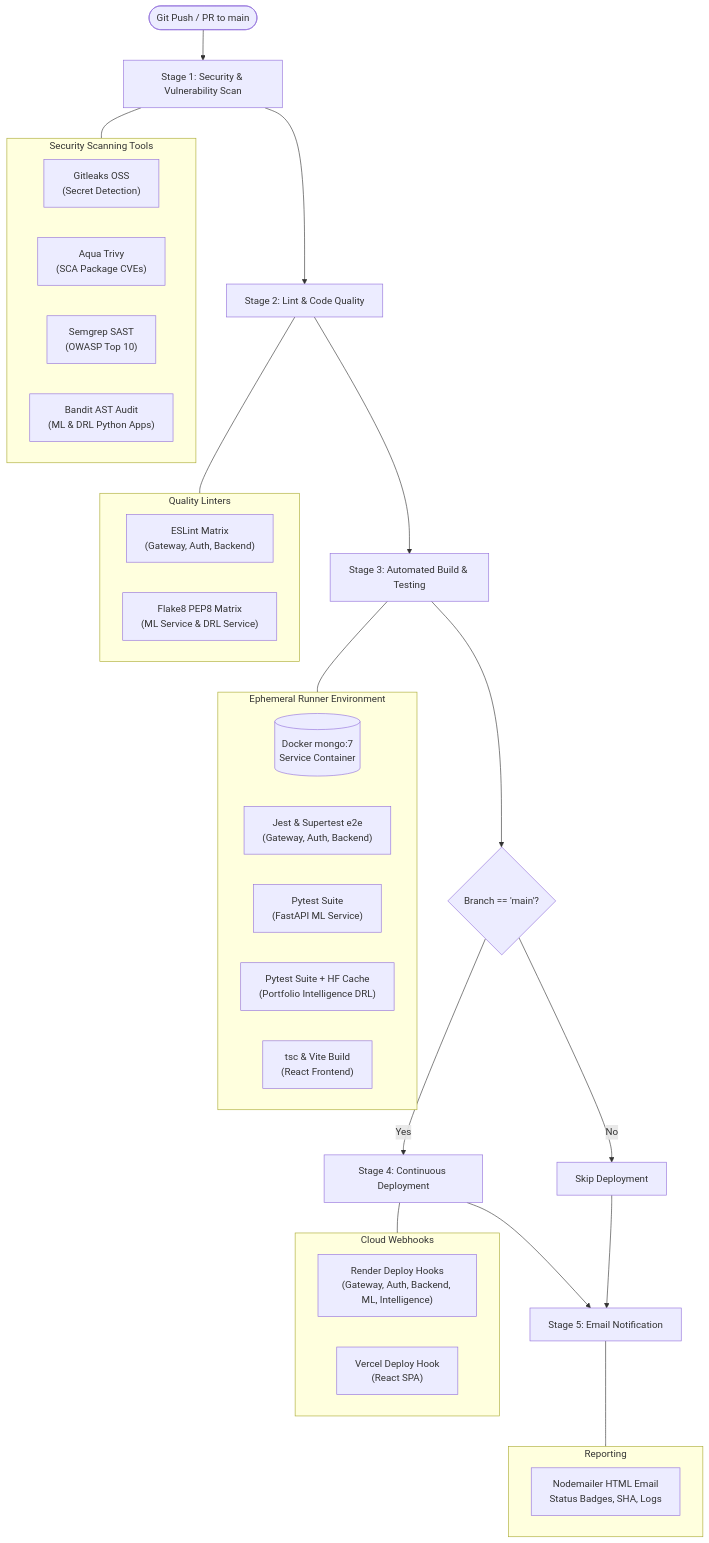
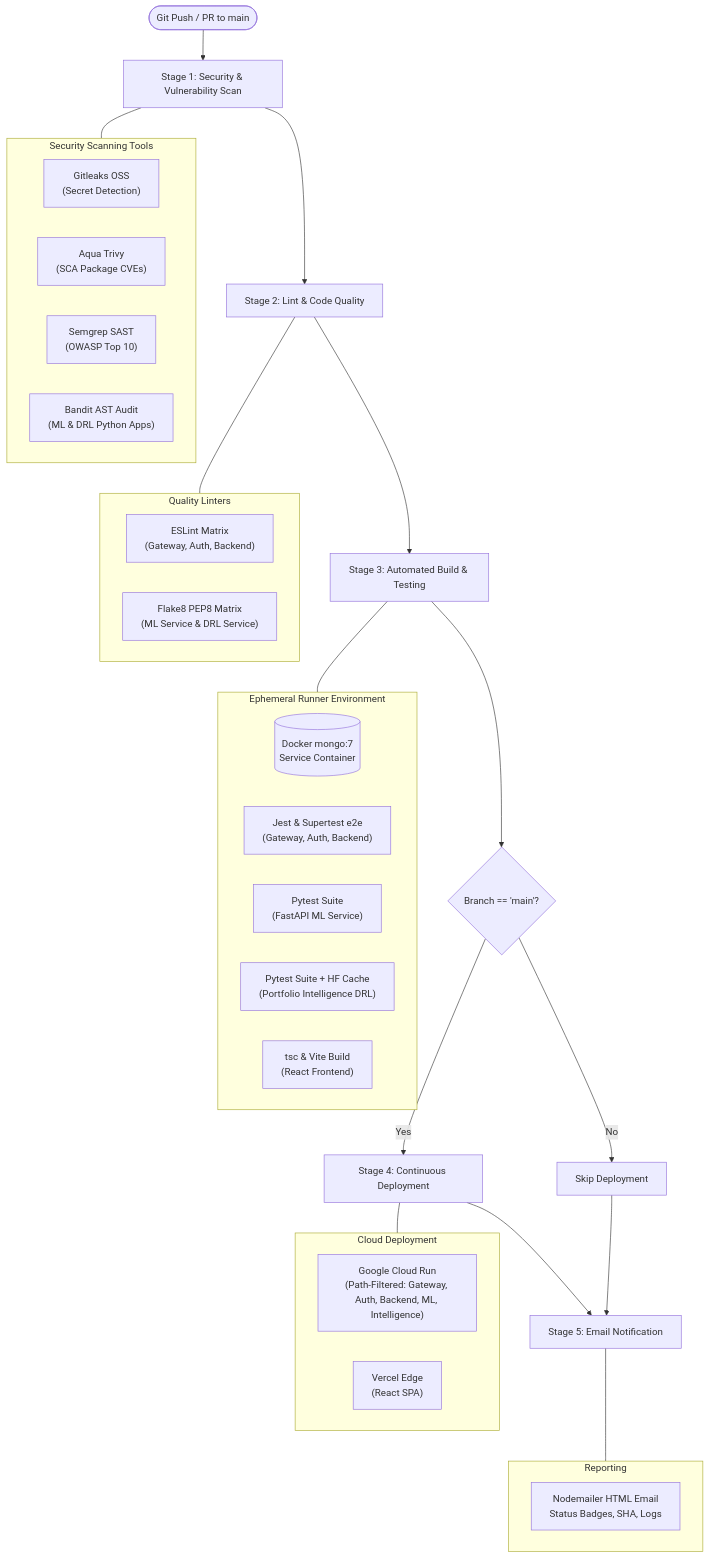
One commit to subham2020btecs00002/PORTFOLIO-BUILDER-2.0 changed the diagram in wiki/CI-CD-Pipeline-and-DevOps.md. Above: the diagram before and after it, drawn with Mermaid. The commit also changed other lines of this file and 6 other files, not shown here.

Commit message:
docs: add CI/CD guide, deployment documentation, wiki home, architecture overview, and DevTerminal template

````diff
--- a/wiki/CI-CD-Pipeline-and-DevOps.md
+++ b/wiki/CI-CD-Pipeline-and-DevOps.md
@@ -9,47 +9,47 @@
 ```mermaid
 flowchart TD
     Commit([Git Push / PR to main]) --> S1[Stage 1: Security & Vulnerability Scan]
     
     subgraph S1Details["Security Scanning Tools"]
         Gitleaks["Gitleaks OSS<br/>(Secret Detection)"]
         Trivy["Aqua Trivy<br/>(SCA Package CVEs)"]
         Semgrep["Semgrep SAST<br/>(OWASP Top 10)"]
         Bandit["Bandit AST Audit<br/>(ML & DRL Python Apps)"]
     end
     S1 --- S1Details
 
     S1 --> S2[Stage 2: Lint & Code Quality]
     subgraph S2Details["Quality Linters"]
         ESLint["ESLint Matrix<br/>(Gateway, Auth, Backend)"]
         Flake8["Flake8 PEP8 Matrix<br/>(ML Service & DRL Service)"]
     end
     S2 --- S2Details
 
     S2 --> S3[Stage 3: Automated Build & Testing]
     subgraph S3Details["Ephemeral Runner Environment"]
         MongoBox[("Docker mongo:7<br/>Service Container")]
         Jest["Jest & Supertest e2e<br/>(Gateway, Auth, Backend)"]
         PytestML["Pytest Suite<br/>(FastAPI ML Service)"]
         PytestDRL["Pytest Suite + HF Cache<br/>(Portfolio Intelligence DRL)"]
         ViteBuild["tsc & Vite Build<br/>(React Frontend)"]
     end
     S3 --- S3Details
 
     S3 --> BranchCheck{Branch == 'main'?}
     BranchCheck -- Yes --> S4[Stage 4: Continuous Deployment]
     BranchCheck -- No --> SkipDeploy[Skip Deployment]
 
-    subgraph S4Details["Cloud Webhooks"]
-        Render["Render Deploy Hooks<br/>(Gateway, Auth, Backend, ML, Intelligence)"]
-        Vercel["Vercel Deploy Hook<br/>(React SPA)"]
+    subgraph S4Details["Cloud Deployment"]
+        CloudRun["Google Cloud Run<br/>(Path-Filtered: Gateway, Auth, Backend, ML, Intelligence)"]
+        Vercel["Vercel Edge<br/>(React SPA)"]
     end
     S4 --- S4Details
 
     S4 --> S5[Stage 5: Email Notification]
     SkipDeploy --> S5
 
     subgraph S5Details["Reporting"]
         Report["Nodemailer HTML Email<br/>Status Badges, SHA, Logs"]
     end
     S5 --- S5Details
 ```
````
